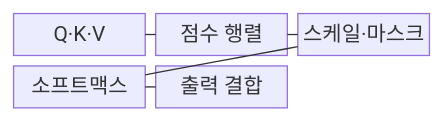
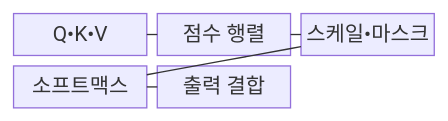
Before and after one commit to agnusdei1207/knowledge-base: the first of 2 diagrams in src/content/docs/notes/08-latest-tech/029_scaled_dot_product_attention.md, drawn with Mermaid. The commit also changed other lines of this file and 953 other files, not shown here.

````diff
--- a/src/content/docs/notes/08-latest-tech/029_scaled_dot_product_attention.md
+++ b/src/content/docs/notes/08-latest-tech/029_scaled_dot_product_attention.md
@@ -69,13 +69,13 @@
 ```mermaid
 block-beta
     columns 3
-    Q["Q·K·V"]
+    Q["Q•K•V"]
     S["점수 행렬"]
-    M["스케일·마스크"]
+    M["스케일•마스크"]
     W["소프트맥스"]
     O["출력 결합"]
     Q --- S
     S --- M
     M --- W
     W --- O
 ```
````
